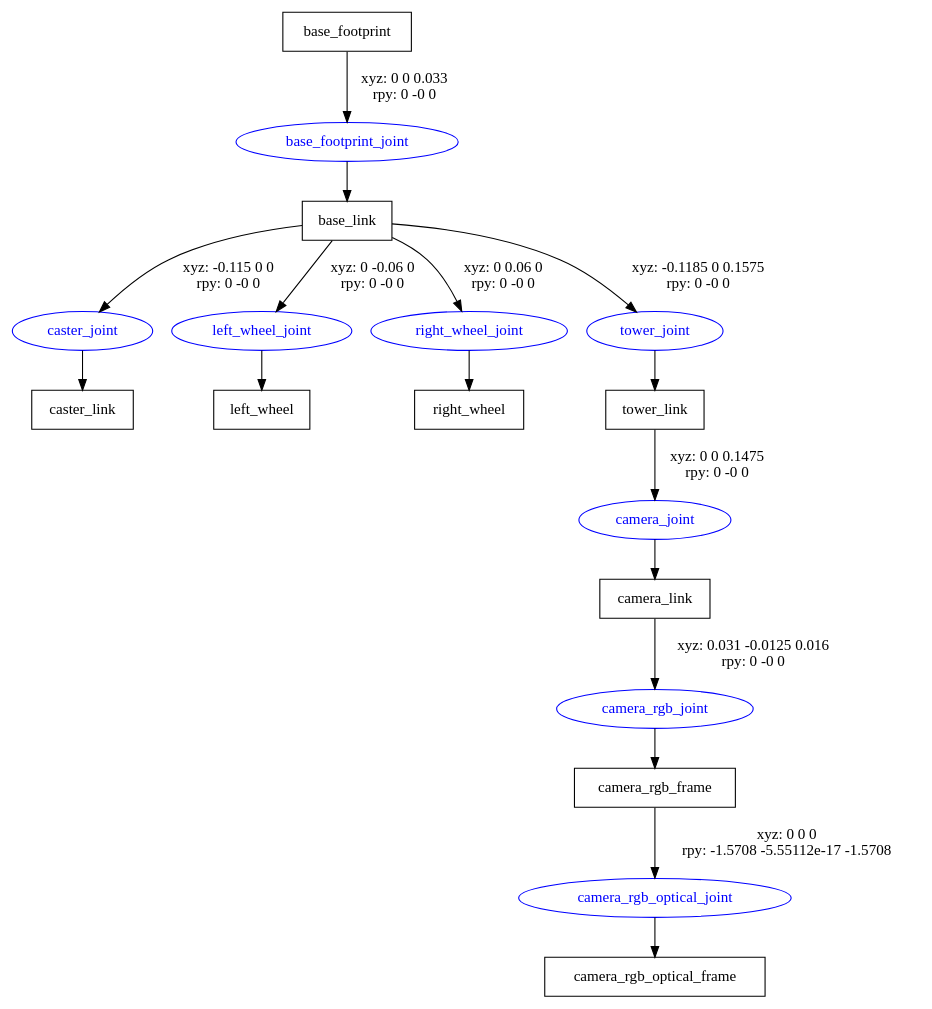
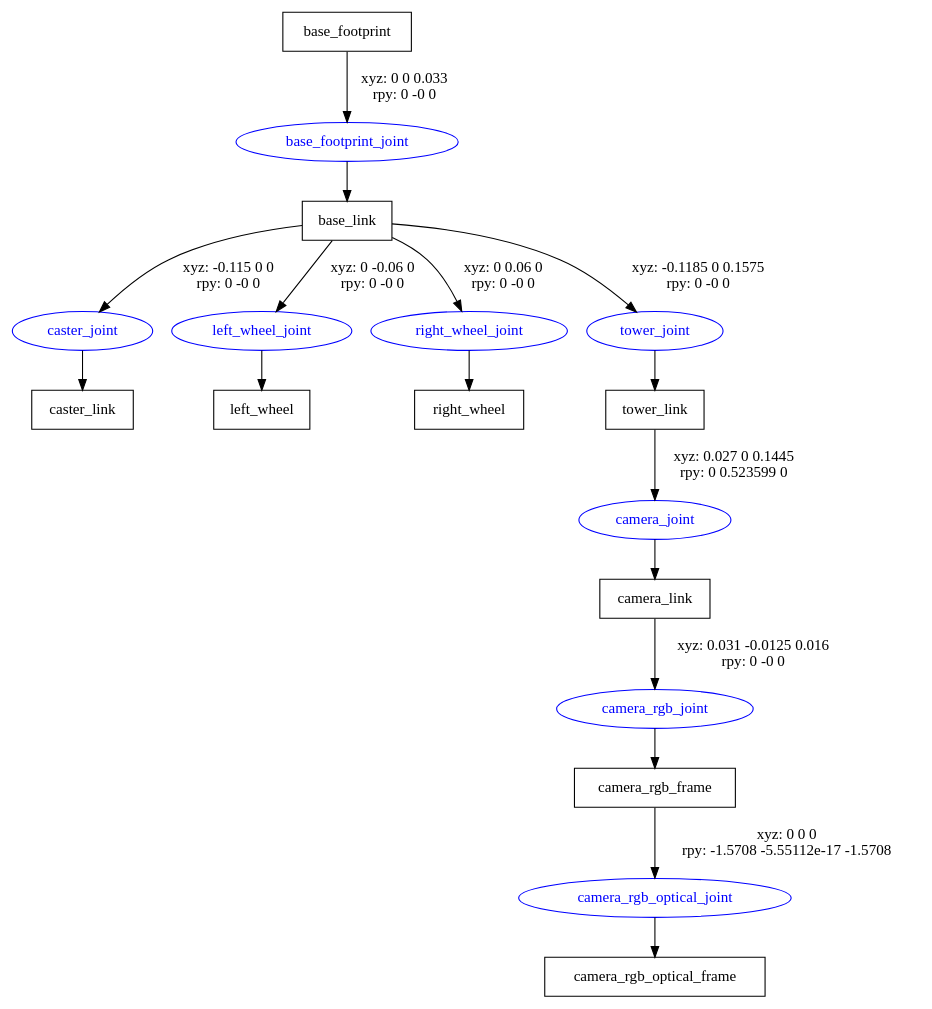
One commit to p-ansatz/eod_pkg changed the diagram in description/eod.gv. Above: the diagram before and after it, drawn with Graphviz. The commit also changed 75 other files, not shown here.

```diff
--- a/description/eod.gv
+++ b/description/eod.gv
@@ -1,29 +1,29 @@
 digraph G {
 node [shape=box];
 "base_footprint" [label="base_footprint"];
 "base_link" [label="base_link"];
 "caster_link" [label="caster_link"];
 "left_wheel" [label="left_wheel"];
 "right_wheel" [label="right_wheel"];
 "tower_link" [label="tower_link"];
 "camera_link" [label="camera_link"];
 "camera_rgb_frame" [label="camera_rgb_frame"];
 "camera_rgb_optical_frame" [label="camera_rgb_optical_frame"];
 node [shape=ellipse, color=blue, fontcolor=blue];
 "base_footprint" -> "base_footprint_joint" [label="xyz: 0 0 0.033 \nrpy: 0 -0 0"]
 "base_footprint_joint" -> "base_link"
 "base_link" -> "caster_joint" [label="xyz: -0.115 0 0 \nrpy: 0 -0 0"]
 "caster_joint" -> "caster_link"
 "base_link" -> "left_wheel_joint" [label="xyz: 0 -0.06 0 \nrpy: 0 -0 0"]
 "left_wheel_joint" -> "left_wheel"
 "base_link" -> "right_wheel_joint" [label="xyz: 0 0.06 0 \nrpy: 0 -0 0"]
 "right_wheel_joint" -> "right_wheel"
 "base_link" -> "tower_joint" [label="xyz: -0.1185 0 0.1575 \nrpy: 0 -0 0"]
 "tower_joint" -> "tower_link"
-"tower_link" -> "camera_joint" [label="xyz: 0 0 0.1475 \nrpy: 0 -0 0"]
+"tower_link" -> "camera_joint" [label="xyz: 0.027 0 0.1445 \nrpy: 0 0.523599 0"]
 "camera_joint" -> "camera_link"
 "camera_link" -> "camera_rgb_joint" [label="xyz: 0.031 -0.0125 0.016 \nrpy: 0 -0 0"]
 "camera_rgb_joint" -> "camera_rgb_frame"
 "camera_rgb_frame" -> "camera_rgb_optical_joint" [label="xyz: 0 0 0 \nrpy: -1.5708 -5.55112e-17 -1.5708"]
 "camera_rgb_optical_joint" -> "camera_rgb_optical_frame"
 }
```
